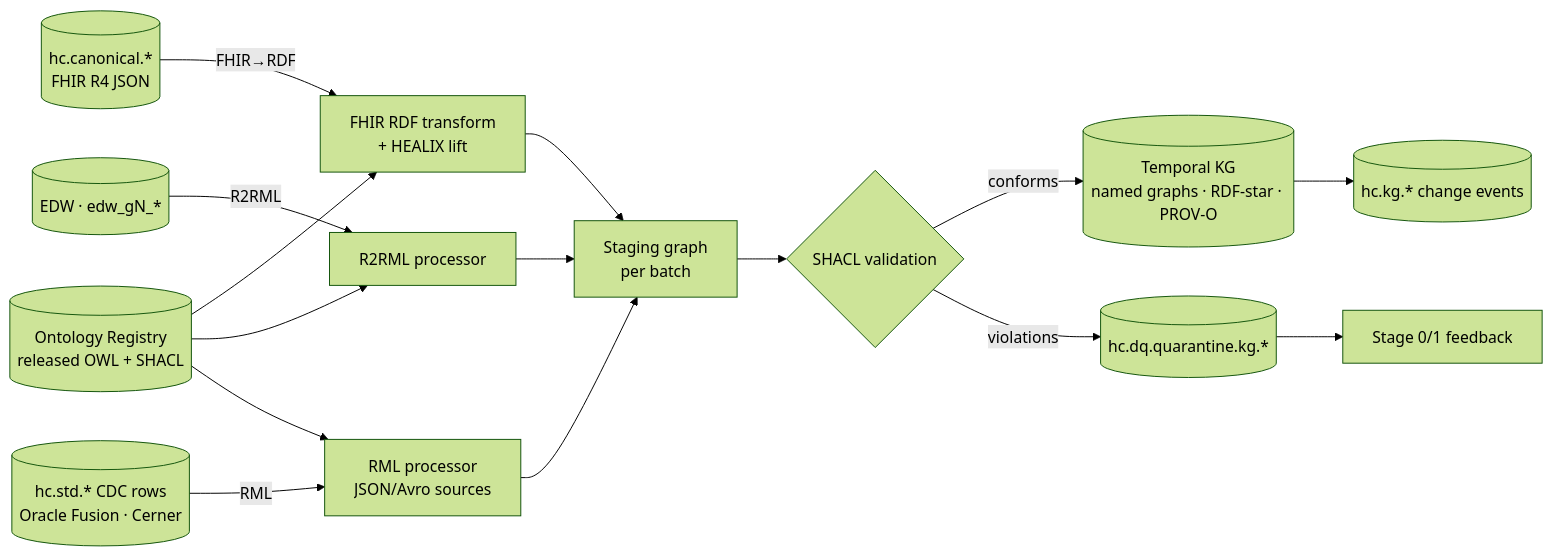
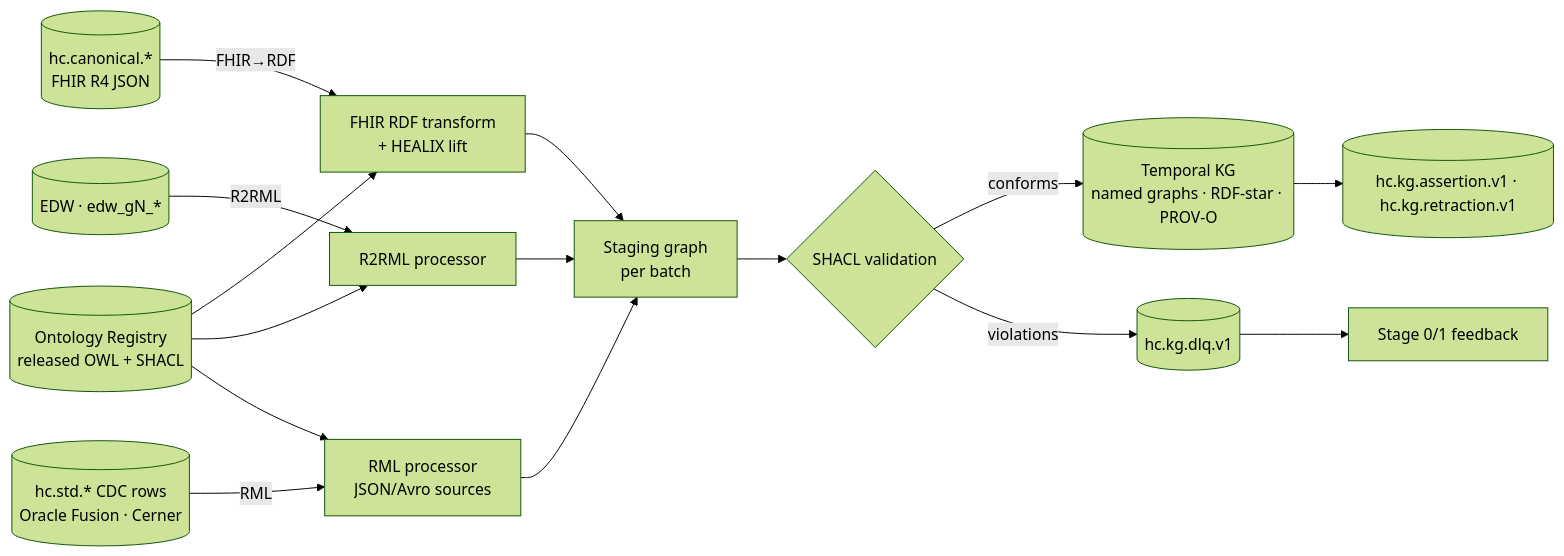
The diagram in PRD/02-ontology-pipeline/06-knowledge-graph.md (mujiq/pubmed-download), drawn with Mermaid (forest theme) before and after one commit. The commit also changed other lines of this file and 68 other files, not shown here.

````diff
--- a/PRD/02-ontology-pipeline/06-knowledge-graph.md
+++ b/PRD/02-ontology-pipeline/06-knowledge-graph.md
@@ -26,12 +27,12 @@
 ```mermaid
 flowchart LR
   CAN[(hc.canonical.*<br/>FHIR R4 JSON)] -->|FHIR→RDF| F2R[FHIR RDF transform<br/>+ HEALIX lift]
   EDW[(EDW · edw_gN_*)] -->|R2RML| R2R[R2RML processor]
   CDC[(hc.std.* CDC rows<br/>Oracle Fusion · Cerner)] -->|RML| RML[RML processor<br/>JSON/Avro sources]
   REG[(Ontology Registry<br/>released OWL + SHACL)] --> F2R & R2R & RML
   F2R & R2R & RML --> STG[Staging graph<br/>per batch]
   STG --> SH{SHACL validation}
   SH -->|conforms| TKG[(Temporal KG<br/>named graphs · RDF-star · PROV-O)]
-  SH -->|violations| Q[(hc.dq.quarantine.kg.*)] --> S0[Stage 0/1 feedback]
-  TKG --> KGT[(hc.kg.* change events)]
+  SH -->|violations| Q[(hc.kg.dlq.v1)] --> S0[Stage 0/1 feedback]
+  TKG --> KGT[(hc.kg.assertion.v1 · hc.kg.retraction.v1)]
 ```
````
